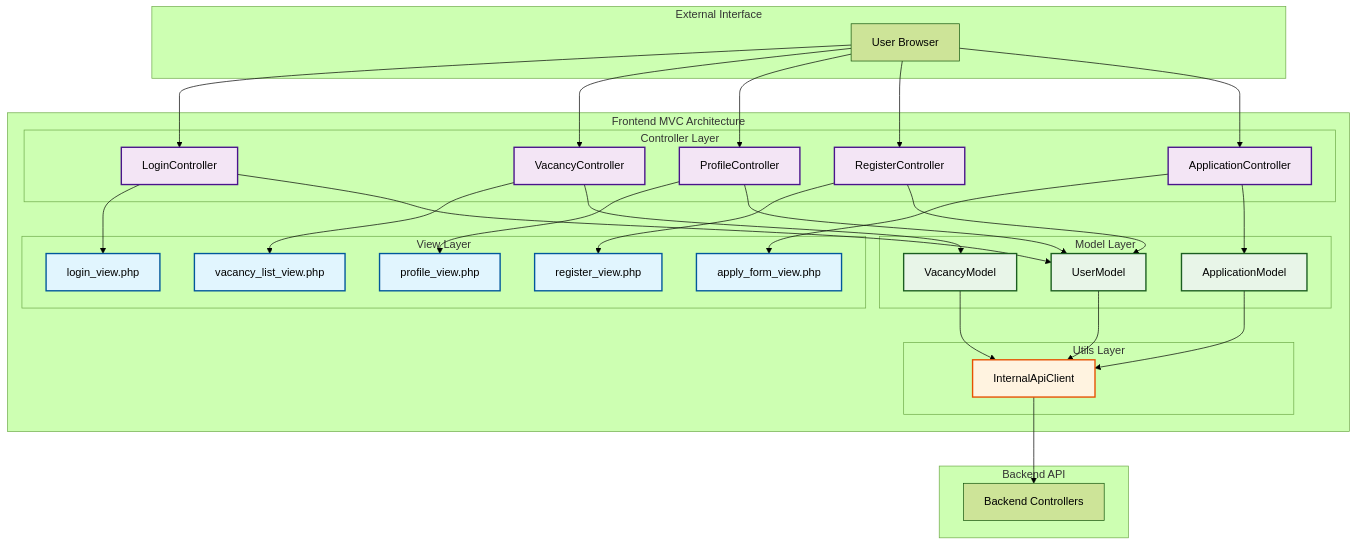
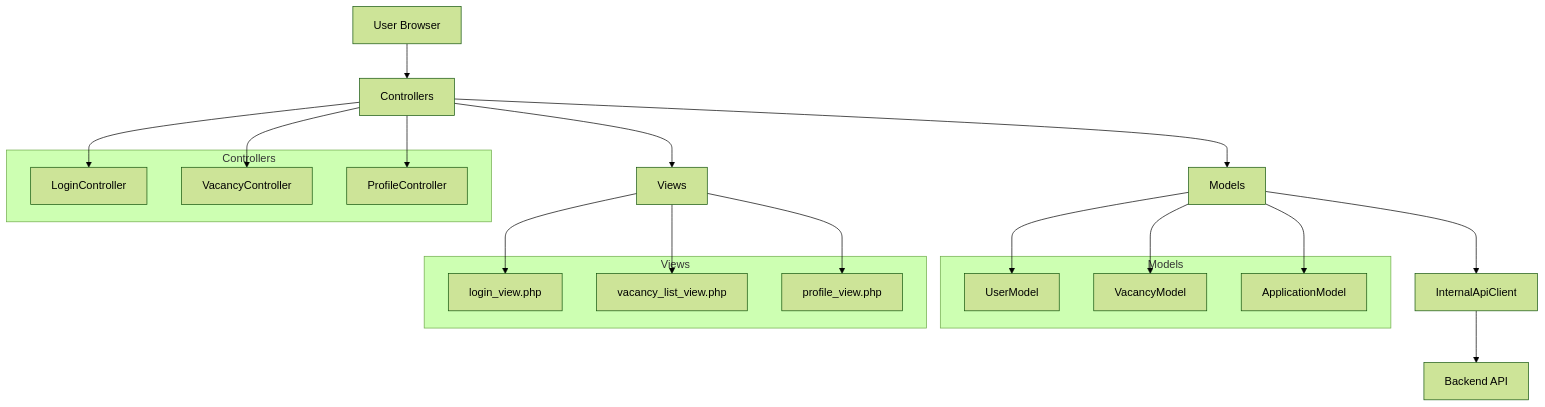
One commit to projectMHCore/searchjob-technical-docs changed the second of 2 diagrams in README.md. Above: the diagram before and after it, drawn with Mermaid (forest theme). The commit also changed other lines of this file, not shown here.

````diff
--- a/README.md
+++ b/README.md
@@ -45,73 +48,38 @@
 ```mermaid
-graph TB
-    subgraph "Frontend MVC Architecture"
-        subgraph "View Layer"
-            LV[login_view.php]
-            VLV[vacancy_list_view.php]
-            PV[profile_view.php]
-            AFV[apply_form_view.php]
-            RV[register_view.php]
-        end
-        
-        subgraph "Controller Layer" 
-            LC[LoginController]
-            VC[VacancyController]
-            PC[ProfileController]
-            RC[RegisterController]
-            AC[ApplicationController]
-        end
-        
-        subgraph "Model Layer"
-            UM[UserModel]
-            VM[VacancyModel]
-            AM[ApplicationModel]
-        end
-        
-        subgraph "Utils Layer"
-            IAC[InternalApiClient]
-        end
+graph TD
+    A[User Browser] --> B[Controllers]
+    B --> C[Models]
+    B --> D[Views]
+    C --> E[InternalApiClient]
+    E --> F[Backend API]
+    
+    subgraph "Controllers"
+        B1[LoginController]
+        B2[VacancyController]
+        B3[ProfileController]
     end
     
-    subgraph "Backend API"
-        API[Backend Controllers]
+    subgraph "Models"
+        C1[UserModel]
+        C2[VacancyModel]
+        C3[ApplicationModel]
     end
     
-    subgraph "External Interface"
-        USER[User Browser]
+    subgraph "Views"
+        D1[login_view.php]
+        D2[vacancy_list_view.php]
+        D3[profile_view.php]
     end
     
-    %% Connections
-    USER --> LC
-    USER --> VC
-    USER --> PC
-    USER --> RC
-    USER --> AC
+    B --> B1
+    B --> B2
+    B --> B3
     
-    LC --> LV
-    VC --> VLV
-    PC --> PV
-    RC --> RV
-    AC --> AFV
+    C --> C1
+    C --> C2
+    C --> C3
     
-    LC --> UM
-    VC --> VM
-    PC --> UM
-    RC --> UM
-    AC --> AM
-    
-    UM --> IAC
-    VM --> IAC
-    AM --> IAC
-    IAC --> API
-    
-    %% Styling
-    classDef viewClass fill:#e1f5fe,stroke:#01579b,stroke-width:2px
-    classDef controllerClass fill:#f3e5f5,stroke:#4a148c,stroke-width:2px
-    classDef modelClass fill:#e8f5e8,stroke:#1b5e20,stroke-width:2px
-    classDef utilClass fill:#fff3e0,stroke:#e65100,stroke-width:2px
-    
-    class LV,VLV,PV,AFV,RV viewClass
-    class LC,VC,PC,RC,AC controllerClass
-    class UM,VM,AM modelClass
-    class IAC utilClass
+    D --> D1
+    D --> D2
+    D --> D3
 ```
````
